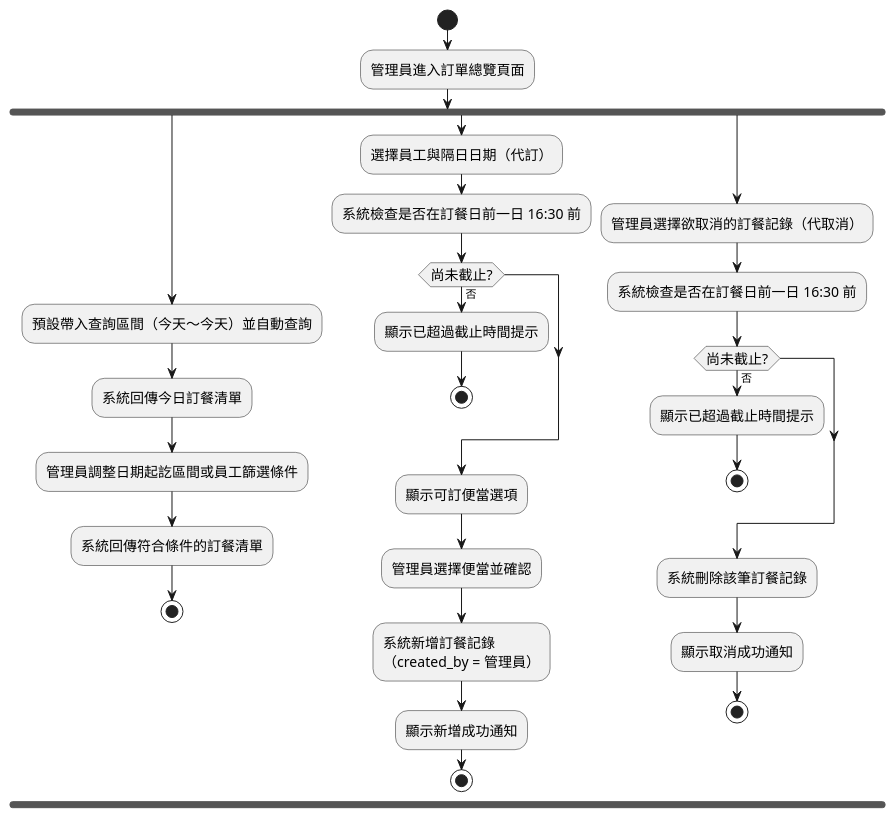
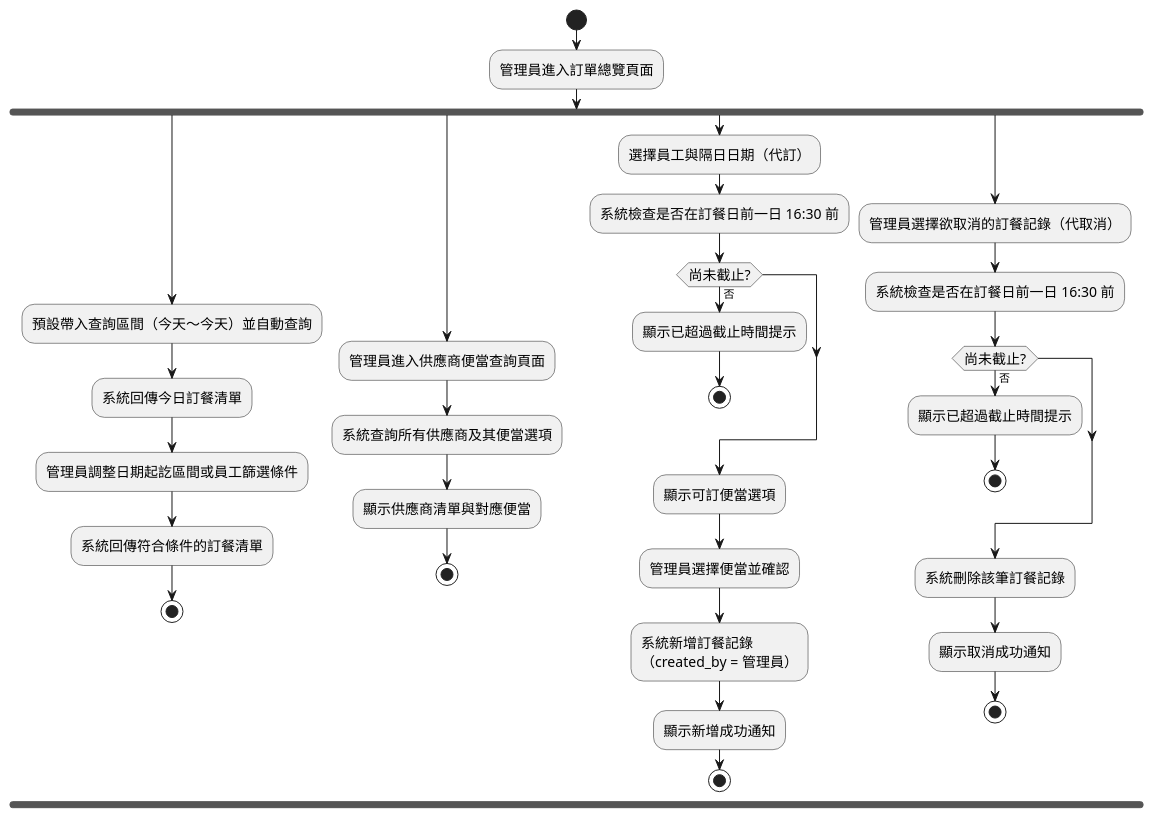
One commit to teyhawzhe/bento-uml changed the diagram in output/A006/A006-activity.puml. Above: the diagram before and after it, drawn with PlantUML. The commit also changed 4 other files, not shown here.

```diff
--- a/output/A006/A006-activity.puml
+++ b/output/A006/A006-activity.puml
@@ -1,43 +1,49 @@
 @startuml A006-activity
 skinparam activityFontSize 14
 start
 
 :管理員進入訂單總覽頁面;
 
 fork
     :預設帶入查詢區間（今天～今天）並自動查詢;
     :系統回傳今日訂餐清單;
     :管理員調整日期起訖區間或員工篩選條件;
     :系統回傳符合條件的訂餐清單;
+    stop
+
+fork again
+    :管理員進入供應商便當查詢頁面;
+    :系統查詢所有供應商及其便當選項;
+    :顯示供應商清單與對應便當;
     stop
 
 fork again
     :選擇員工與隔日日期（代訂）;
     :系統檢查是否在訂餐日前一日 16:30 前;
 
     if (尚未截止?) then (否)
         :顯示已超過截止時間提示;
         stop
     endif
 
     :顯示可訂便當選項;
     :管理員選擇便當並確認;
     :系統新增訂餐記錄\n（created_by = 管理員）;
     :顯示新增成功通知;
     stop
 
 fork again
     :管理員選擇欲取消的訂餐記錄（代取消）;
     :系統檢查是否在訂餐日前一日 16:30 前;
 
     if (尚未截止?) then (否)
         :顯示已超過截止時間提示;
         stop
     endif
 
     :系統刪除該筆訂餐記錄;
     :顯示取消成功通知;
     stop
 
 end fork
 @enduml
```
